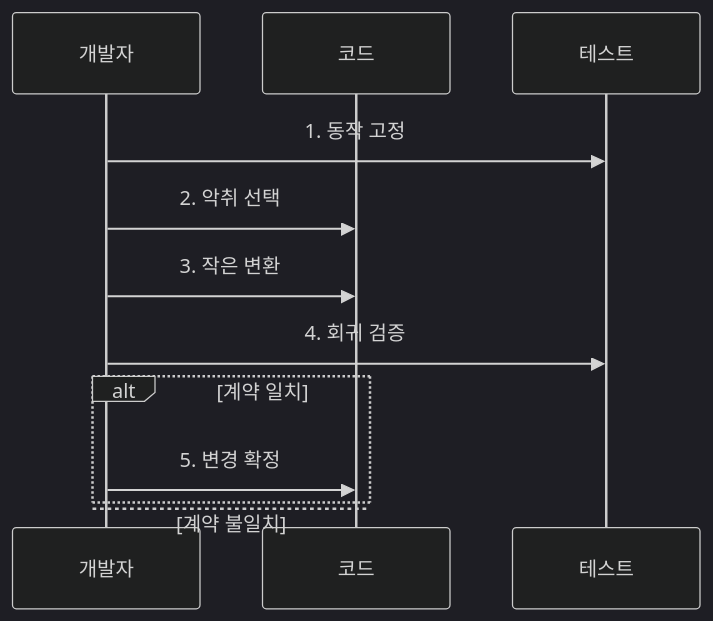
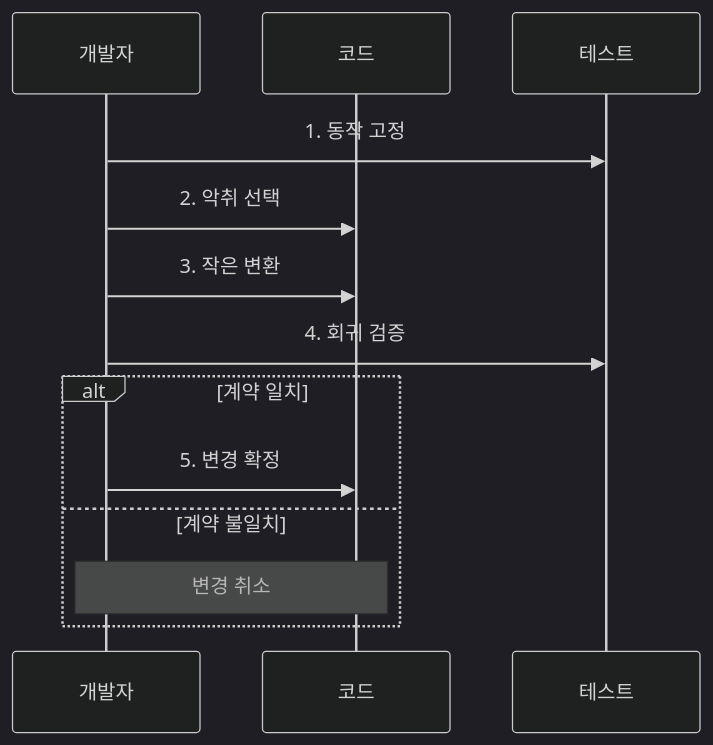
One commit to agnusdei1207/knowledge-base changed the second of 2 diagrams in src/content/docs/notes/03-software/212_software_refactoring_patterns.md. Above: the diagram before and after it, drawn with Mermaid (dark theme). The commit also changed other lines of this file and 20 other files, not shown here.

````diff
--- a/src/content/docs/notes/03-software/212_software_refactoring_patterns.md
+++ b/src/content/docs/notes/03-software/212_software_refactoring_patterns.md
@@ -78,15 +81,15 @@
 ```mermaid
 sequenceDiagram
     participant 개발자
     participant 코드
     participant 테스트
     개발자->>테스트: 1. 동작 고정
     개발자->>코드: 2. 악취 선택
     개발자->>코드: 3. 작은 변환
     개발자->>테스트: 4. 회귀 검증
     alt 계약 일치
         개발자->>코드: 5. 변경 확정
     else 계약 불일치
-
+        Note over 개발자,코드: 변경 취소
     end
 ```
````
